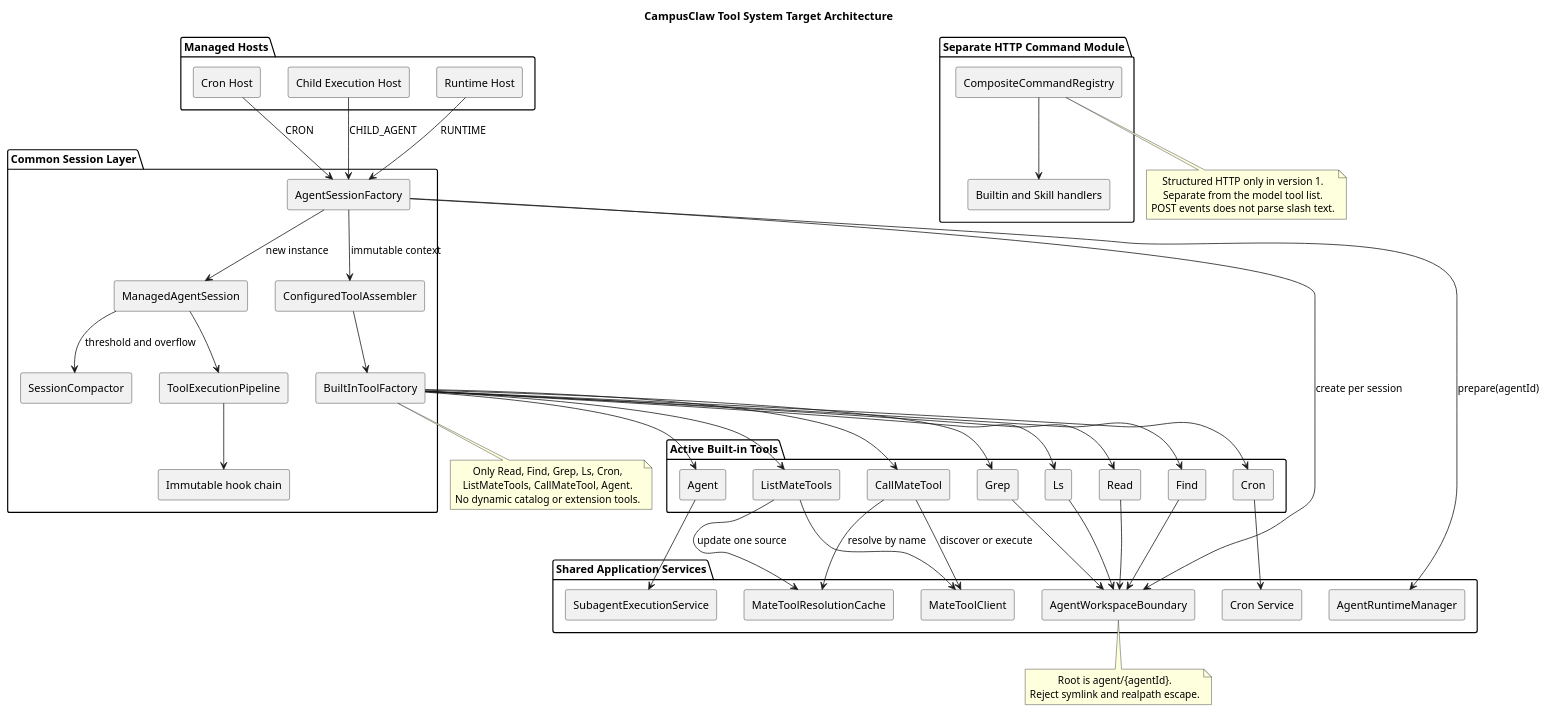
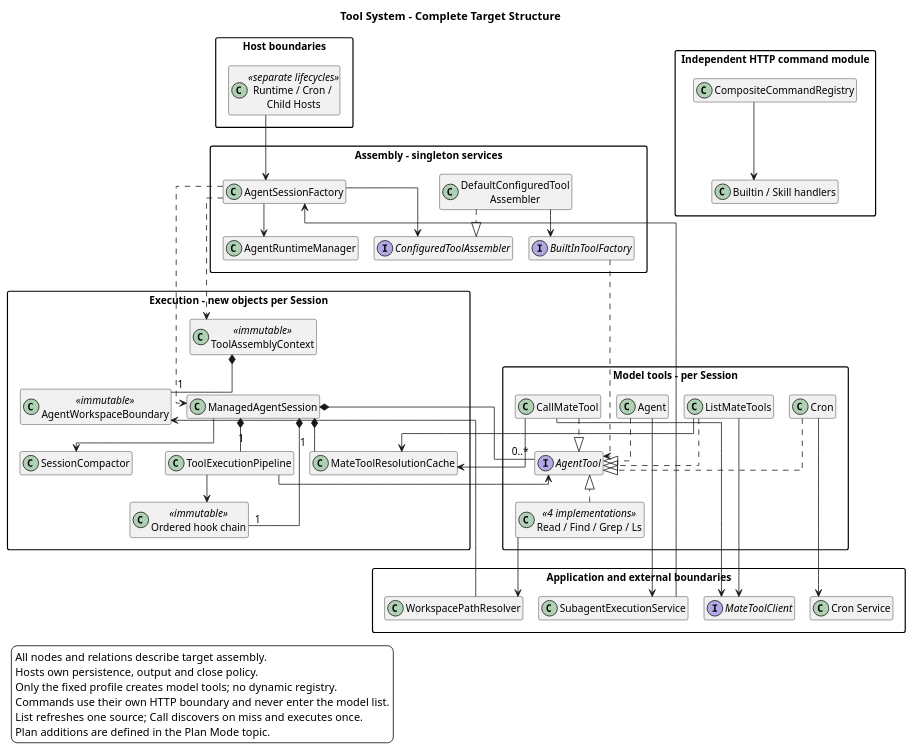
One commit to ssm0808/pi-mono-java-design changed the first of 11 diagrams in 01-总体架构/02-CampusClaw工具系统/diagram.puml. Above: the diagram before and after it, drawn with PlantUML. The commit also changed other lines of this file and 212 other files, not shown here.

Commit message:
docs(design): 精简模块文档并重排全仓设计图

```diff
--- a/01-总体架构/02-CampusClaw工具系统/diagram.puml
+++ b/01-总体架构/02-CampusClaw工具系统/diagram.puml
@@ -1,105 +1,115 @@
 @startuml tool_system_architecture
-title CampusClaw Tool System Target Architecture
-skinparam componentStyle rectangle
-skinparam shadowing false
-skinparam defaultTextAlignment center
-
 ' Source evidence (CampusClaw d649866):
 ' modules/agent-core/src/main/java/com/campusclaw/agent/tool/AgentTool.java: AgentTool
 ' modules/agent-core/src/main/java/com/campusclaw/agent/tool/ToolExecutionPipeline.java: execute, executeAll
 ' modules/coding-agent-cli/src/main/java/com/campusclaw/codingagent/session/AgentSession.java: initialize, configureRuntimeTools
 ' PR 167 f60cc3e: TUI/CLI removal diff deleted entry-independent session capabilities.
 ' Observed behavior: the current CLI session combines catalogs, reload, skills,
 ' delegation, and tool assembly; the Runtime path has separate assembly logic.
 ' Design reason: one closed factory and one light session factory keep all managed
 ' entry points aligned while Hosts retain their own persistence and lifecycle.
+title Tool System - Complete Target Structure
+top to bottom direction
+skinparam backgroundColor white
+skinparam shadowing false
+skinparam defaultFontName SansSerif
+skinparam defaultFontSize 13
+skinparam classAttributeIconSize 0
+skinparam packageStyle rectangle
+skinparam nodesep 20
+skinparam ranksep 35
+skinparam linetype ortho
+hide empty members
 
-package "Managed Hosts" {
-  [Runtime Host] as RuntimeHost
-  [Cron Host] as CronHost
-  [Child Execution Host] as ChildHost
+package "Host boundaries" {
+  class "Runtime / Cron / \nChild Hosts" as Hosts <<separate lifecycles>>
 }
+package "Assembly - singleton services" {
+  class "AgentSessionFactory" as Factory
+  interface "ConfiguredToolAssembler" as Assembler
+  class "DefaultConfiguredTool\nAssembler" as Configured
+  interface "BuiltInToolFactory" as ToolFactory
+  class "AgentRuntimeManager" as Manager
+}
+package "Execution - new objects per Session" {
+  class "ManagedAgentSession" as Session
+  class "ToolAssemblyContext" as Context <<immutable>>
+  class "AgentWorkspaceBoundary" as Workspace <<immutable>>
+  class "MateToolResolutionCache" as Cache
+  class "Ordered hook chain" as Hooks <<immutable>>
+  class "ToolExecutionPipeline" as Pipeline
+  class "SessionCompactor" as Compactor
+}
+package "Model tools - per Session" {
+  interface "AgentTool" as Tool
+  class "Read / Find / Grep / Ls" as Local <<4 implementations>>
+  class "ListMateTools" as List
+  class "CallMateTool" as Call
+  class Cron
+  class "Agent" as ChildTool
+}
+package "Application and external boundaries" {
+  interface "MateToolClient" as Mate
+  class "Cron Service" as CronService
+  class "SubagentExecutionService" as ChildService
+  class "WorkspacePathResolver" as Resolver
+}
+package "Independent HTTP command module" {
+  class "CompositeCommandRegistry" as Slash
+  class "Builtin / Skill handlers" as SlashHandlers
+}
+Hosts --> Factory
+Factory --> Manager
+Factory --> Assembler
+Configured ..|> Assembler
+Configured --> ToolFactory
+Factory ..> Context
+Context *-- "1" Workspace
+Factory ..> Session
+Session *-- "1" Pipeline
+Session --> Compactor
+Session *-- "1" Cache
+Session *-- "1" Hooks
+Session *-- "0..*" Tool
+Pipeline --> Hooks
+Pipeline --> Tool
+ToolFactory ..> Tool
+Local ..|> Tool
+List ..|> Tool
+Call ..|> Tool
+Cron ..|> Tool
+ChildTool ..|> Tool
+Local --> Resolver
+Resolver --> Workspace
+List --> Mate
+List --> Cache
+Call --> Cache
+Call --> Mate
+Cron --> CronService
+ChildTool --> ChildService
+ChildService -[norank]-> Factory
+Slash --> SlashHandlers
+Hosts -[hidden]down-> Factory
+Factory -[hidden]down-> Session
+Session -[hidden]down-> Local
+legend bottom left
+All nodes and relations describe target assembly.
+Hosts own persistence, output and close policy.
+Only the fixed profile creates model tools; no dynamic registry.
+Commands use their own HTTP boundary and never enter the model list.
+List refreshes one source; Call discovers on miss and executes once.
+Plan additions are defined in the Plan Mode topic.
+endlegend
+Factory -[hidden]down-> Assembler
+Assembler -[hidden]down-> Context
+Context -[hidden]down-> Session
+Session -[hidden]down-> Pipeline
+Pipeline -[hidden]down-> Tool
+Tool -[hidden]down-> Local
+Local -[hidden]down-> Resolver
+List -[hidden]down-> Mate
+Cron -[hidden]down-> CronService
+ChildTool -[hidden]down-> ChildService
+Slash -[hidden]down-> SlashHandlers
 
-package "Common Session Layer" {
-  [AgentSessionFactory] as SessionFactory
-  [ManagedAgentSession] as Session
-  [SessionCompactor] as Compactor
-  [ConfiguredToolAssembler] as Assembler
-  [BuiltInToolFactory] as ToolFactory
-  [ToolExecutionPipeline] as Pipeline
-  [Immutable hook chain] as Hooks
-}
-
-package "Separate HTTP Command Module" {
-  [CompositeCommandRegistry] as Slash
-  [Builtin and Skill handlers] as SlashHandlers
-}
-
-package "Active Built-in Tools" {
-  [Read]
-  [Find]
-  [Grep]
-  [Ls]
-  [Cron]
-  [ListMateTools]
-  [CallMateTool]
-  [Agent]
-}
-
-package "Shared Application Services" {
-  [AgentRuntimeManager] as RuntimeManager
-  [AgentWorkspaceBoundary] as Workspace
-  [MateToolClient] as MateClient
-  [MateToolResolutionCache] as MateCache
-  [Cron Service] as CronService
-  [SubagentExecutionService] as ChildService
-}
-
-RuntimeHost --> SessionFactory : RUNTIME
-CronHost --> SessionFactory : CRON
-ChildHost --> SessionFactory : CHILD_AGENT
-SessionFactory --> RuntimeManager : prepare(agentId)
-SessionFactory --> Workspace : create per session
-SessionFactory --> Assembler : immutable context
-Assembler --> ToolFactory
-ToolFactory --> Read
-ToolFactory --> Find
-ToolFactory --> Grep
-ToolFactory --> Ls
-ToolFactory --> Cron
-ToolFactory --> ListMateTools
-ToolFactory --> CallMateTool
-ToolFactory --> Agent
-SessionFactory --> Session : new instance
-Session --> Pipeline
-Session --> Compactor : threshold and overflow
-Pipeline --> Hooks
-Slash --> SlashHandlers
-ListMateTools --> MateClient
-ListMateTools --> MateCache : update one source
-CallMateTool --> MateCache : resolve by name
-CallMateTool --> MateClient : discover or execute
-Cron --> CronService
-Agent --> ChildService
-Read --> Workspace
-Find --> Workspace
-Grep --> Workspace
-Ls --> Workspace
-
-note bottom of ToolFactory
-Only Read, Find, Grep, Ls, Cron,
-ListMateTools, CallMateTool, Agent.
-No dynamic catalog or extension tools.
-end note
-
-note bottom of Workspace
-Root is agent/{agentId}.
-Reject symlink and realpath escape.
-end note
-
-note bottom of Slash
-Structured HTTP only in version 1.
-Separate from the model tool list.
-POST events does not parse slash text.
-end note
 @enduml
```
